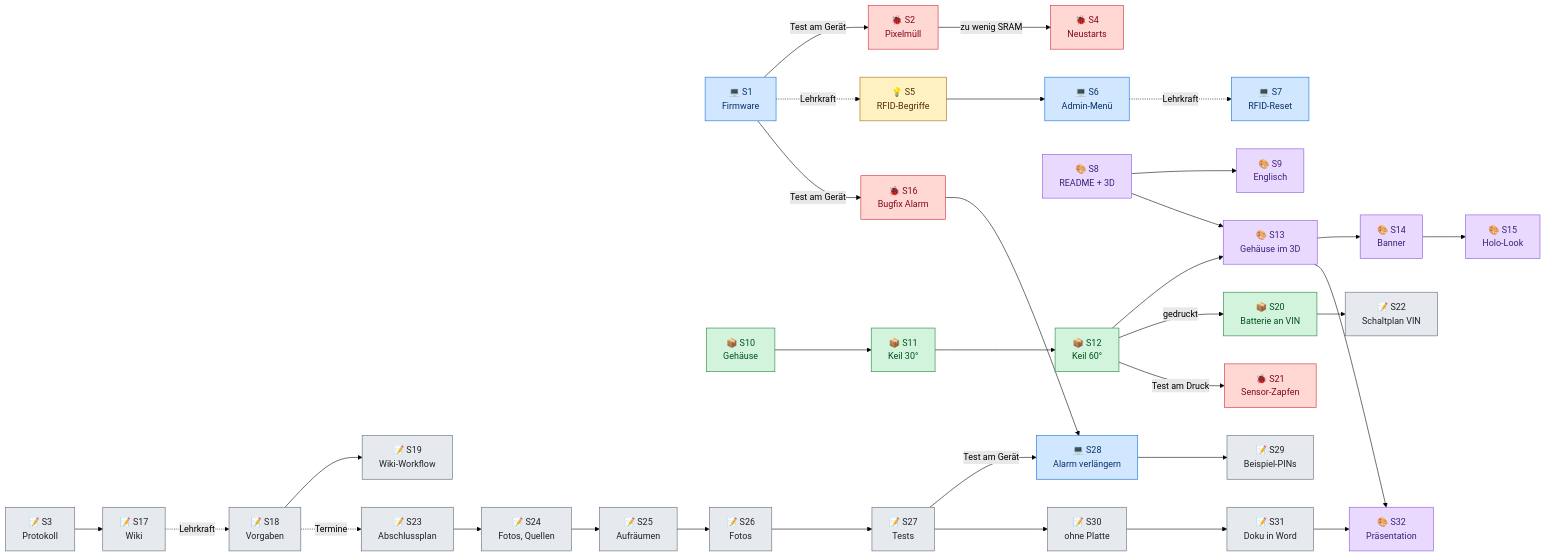
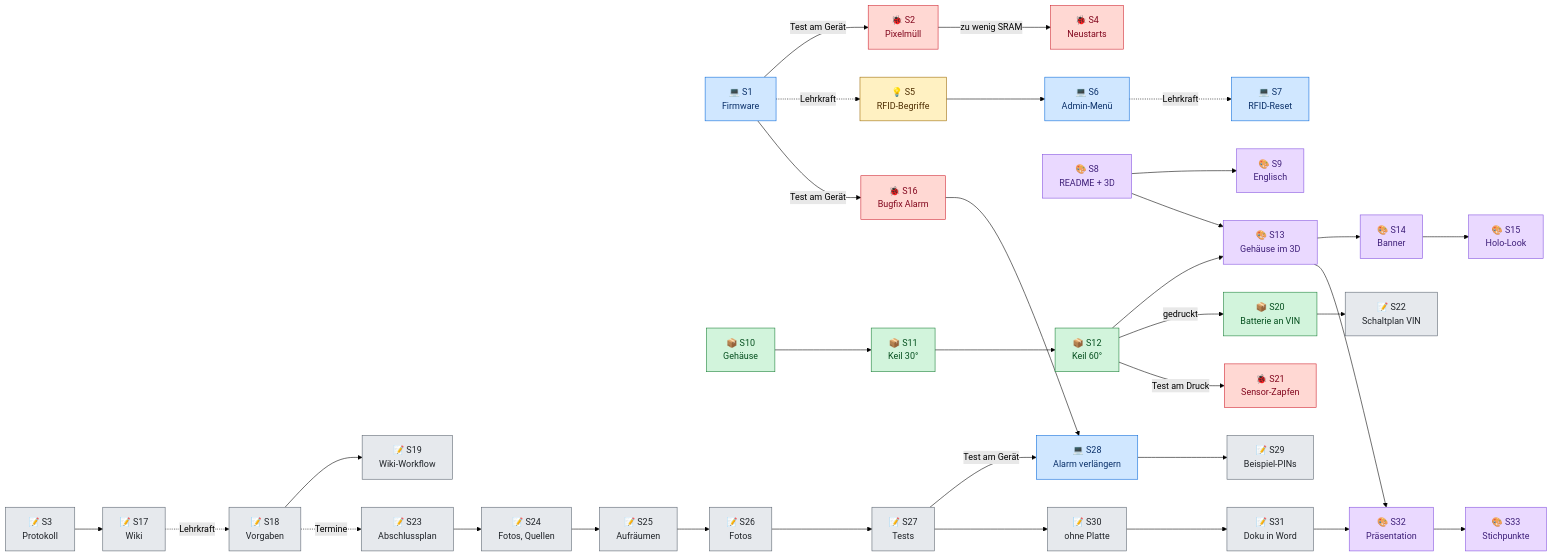
The second of 3 diagrams in wiki/Entwicklungsverlauf.md (BBZ-AIFS51/LF7-Projekt_GAS), drawn with Mermaid (forest theme) before and after one commit. The commit also changed other lines of this file and 9 other files, not shown here.

````diff
--- a/wiki/Entwicklungsverlauf.md
+++ b/wiki/Entwicklungsverlauf.md
@@ -71,69 +72,70 @@
 ```mermaid
 flowchart LR
     P1["💻 S1<br/>Firmware"]
     P2["🐞 S2<br/>Pixelmüll"]
     P3["📝 S3<br/>Protokoll"]
     P4["🐞 S4<br/>Neustarts"]
     P5["💡 S5<br/>RFID-Begriffe"]
     P6["💻 S6<br/>Admin-Menü"]
     P7["💻 S7<br/>RFID-Reset"]
     P8["🎨 S8<br/>README + 3D"]
     P9["🎨 S9<br/>Englisch"]
     P10["📦 S10<br/>Gehäuse"]
     P11["📦 S11<br/>Keil 30°"]
     P12["📦 S12<br/>Keil 60°"]
     P13["🎨 S13<br/>Gehäuse im 3D"]
     P14["🎨 S14<br/>Banner"]
     P15["🎨 S15<br/>Holo-Look"]
     P16["🐞 S16<br/>Bugfix Alarm"]
     P17["📝 S17<br/>Wiki"]
     P18["📝 S18<br/>Vorgaben"]
     P19["📝 S19<br/>Wiki-Workflow"]
     P20["📦 S20<br/>Batterie an VIN"]
     P21["🐞 S21<br/>Sensor-Zapfen"]
     P22["📝 S22<br/>Schaltplan VIN"]
     P23["📝 S23<br/>Abschlussplan"]
     P24["📝 S24<br/>Fotos, Quellen"]
     P25["📝 S25<br/>Aufräumen"]
     P26["📝 S26<br/>Fotos"]
     P27["📝 S27<br/>Tests"]
     P28["💻 S28<br/>Alarm verlängern"]
     P29["📝 S29<br/>Beispiel-PINs"]
     P30["📝 S30<br/>ohne Platte"]
     P31["📝 S31<br/>Doku in Word"]
     P32["🎨 S32<br/>Präsentation"]
+    P33["🎨 S33<br/>Stichpunkte"]
 
     P1 -- "Test am Gerät" --> P2 -- "zu wenig SRAM" --> P4
     P1 -. "Lehrkraft" .-> P5 --> P6
     P6 -. "Lehrkraft" .-> P7
     P1 -- "Test am Gerät" --> P16
     P8 --> P9
     P8 --> P13
     P10 --> P11 --> P12 --> P13
     P12 -- "gedruckt" --> P20
     P12 -- "Test am Druck" --> P21
     P20 --> P22
     P13 --> P14 --> P15
     P3 --> P17
     P17 -. "Lehrkraft" .-> P18
     P18 --> P19
     P18 -. "Termine" .-> P23
     P23 --> P24 --> P25 --> P26 --> P27
     P16 --> P28
     P27 -- "Test am Gerät" --> P28 --> P29
-    P27 --> P30 --> P31 --> P32
+    P27 --> P30 --> P31 --> P32 --> P33
     P13 --> P32
 
     classDef fw fill:#d0e7ff,stroke:#0969da,color:#0a3069
     classDef bug fill:#ffd8d3,stroke:#cf222e,color:#82071e
     classDef info fill:#fff1c2,stroke:#9a6700,color:#4d2d00
     classDef vis fill:#ead9ff,stroke:#8250df,color:#3e1f79
     classDef box fill:#d2f4dc,stroke:#1a7f37,color:#044f1e
     classDef doc fill:#e6e9ed,stroke:#59636e,color:#1f2328
     class P1,P6,P7,P28 fw
     class P2,P4,P16,P21 bug
     class P5 info
-    class P8,P9,P13,P14,P15,P32 vis
+    class P8,P9,P13,P14,P15,P32,P33 vis
     class P10,P11,P12,P20 box
     class P3,P17,P18,P19,P22,P23,P24,P25,P26,P27,P29,P30,P31 doc
 ```
````
